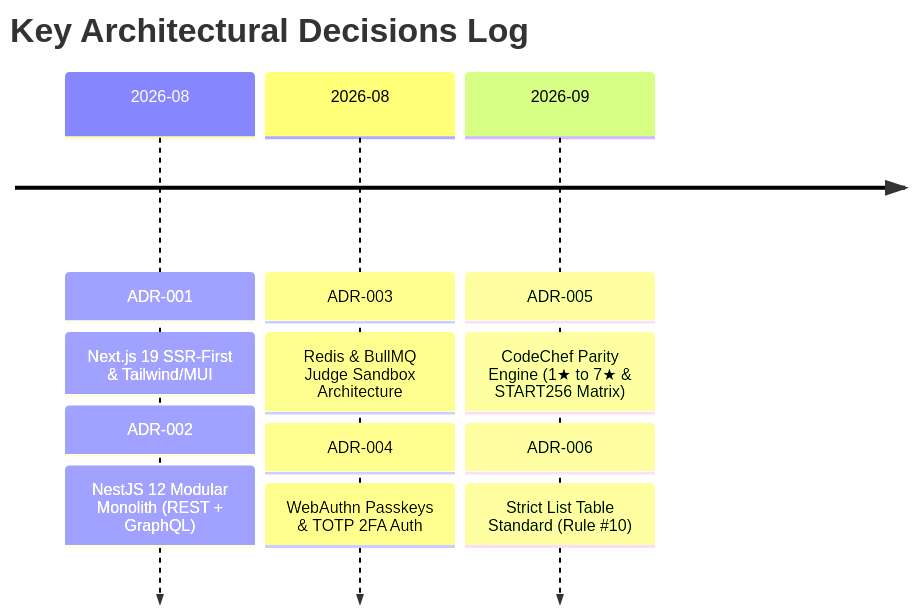
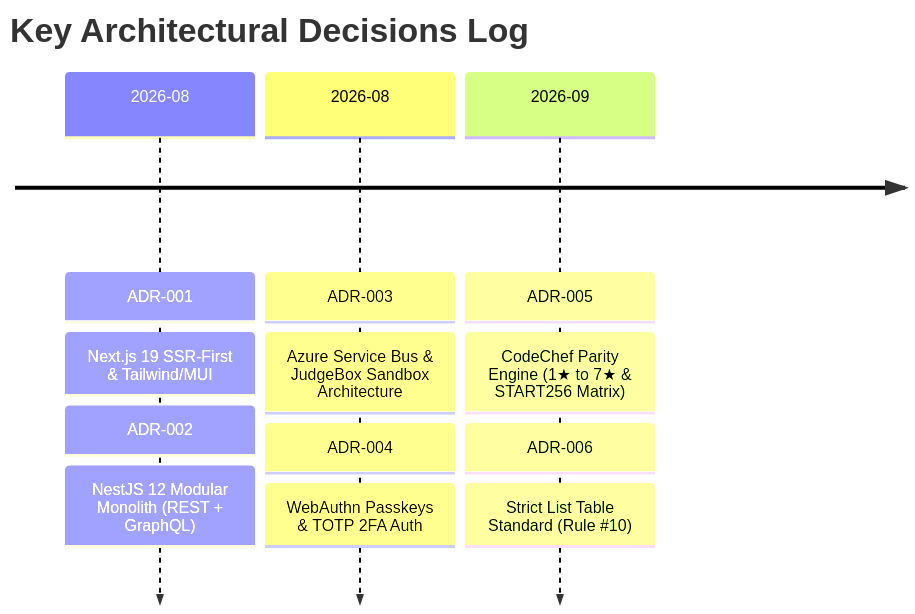
Before and after one commit to saahil0708/techlearns-portal: the diagram in docs/MEMORY.md, drawn with Mermaid. The commit also changed other lines of this file and 85 other files, not shown here.

Commit message:
feat(core): enhance full-stack platform stability, Azure Service Bus judge queue, and standalone judgebox package

````diff
--- a/docs/MEMORY.md
+++ b/docs/MEMORY.md
@@ -11,10 +11,10 @@
 ```mermaid
 timeline
     title Key Architectural Decisions Log
     2026-08 : ADR-001 : Next.js 19 SSR-First & Tailwind/MUI
             : ADR-002 : NestJS 12 Modular Monolith (REST + GraphQL)
-    2026-08 : ADR-003 : Redis & BullMQ Judge Sandbox Architecture
+    2026-08 : ADR-003 : Azure Service Bus & JudgeBox Sandbox Architecture
             : ADR-004 : WebAuthn Passkeys & TOTP 2FA Auth
     2026-09 : ADR-005 : CodeChef Parity Engine (1★ to 7★ & START256 Matrix)
             : ADR-006 : Strict List Table Standard (Rule #10)
 ```
````
